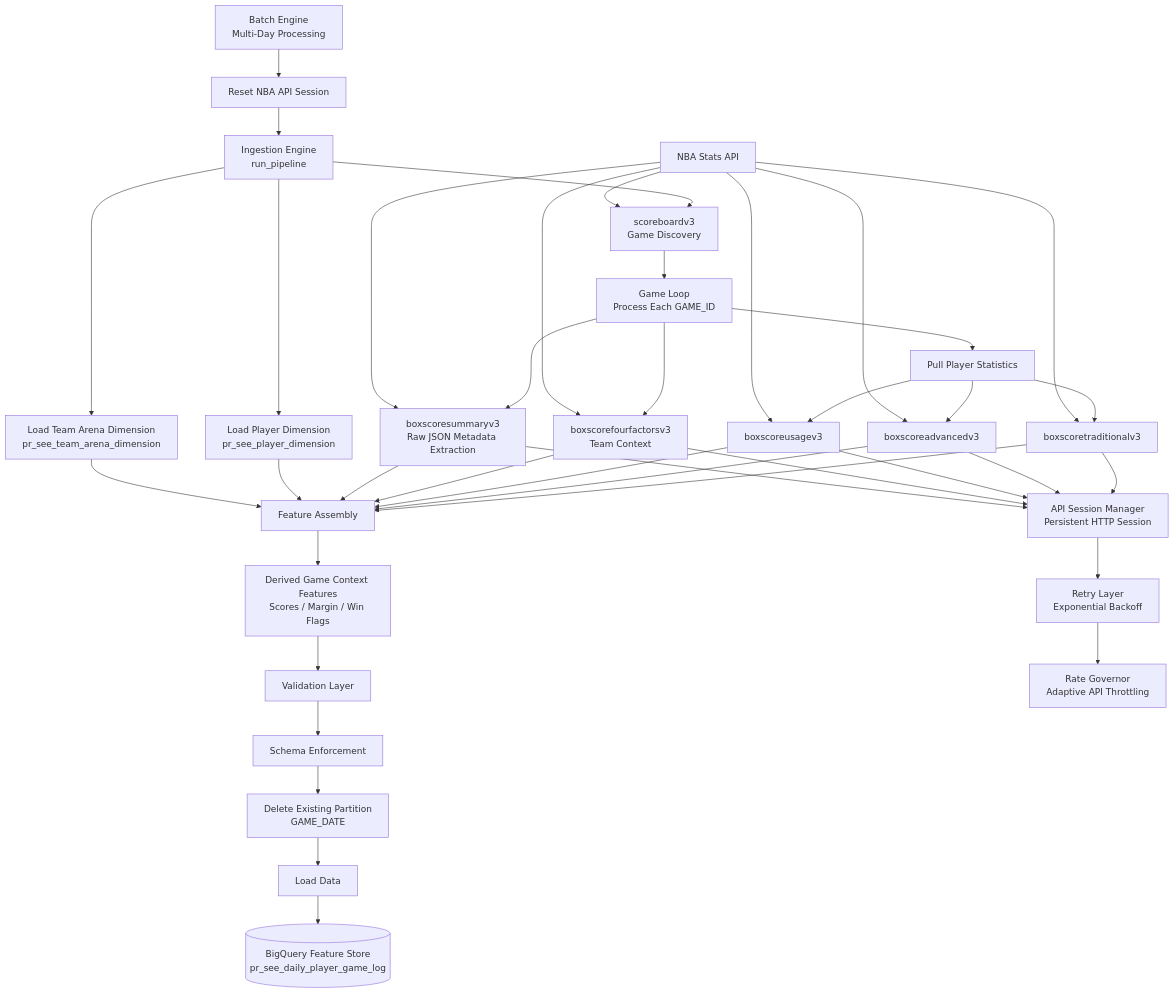
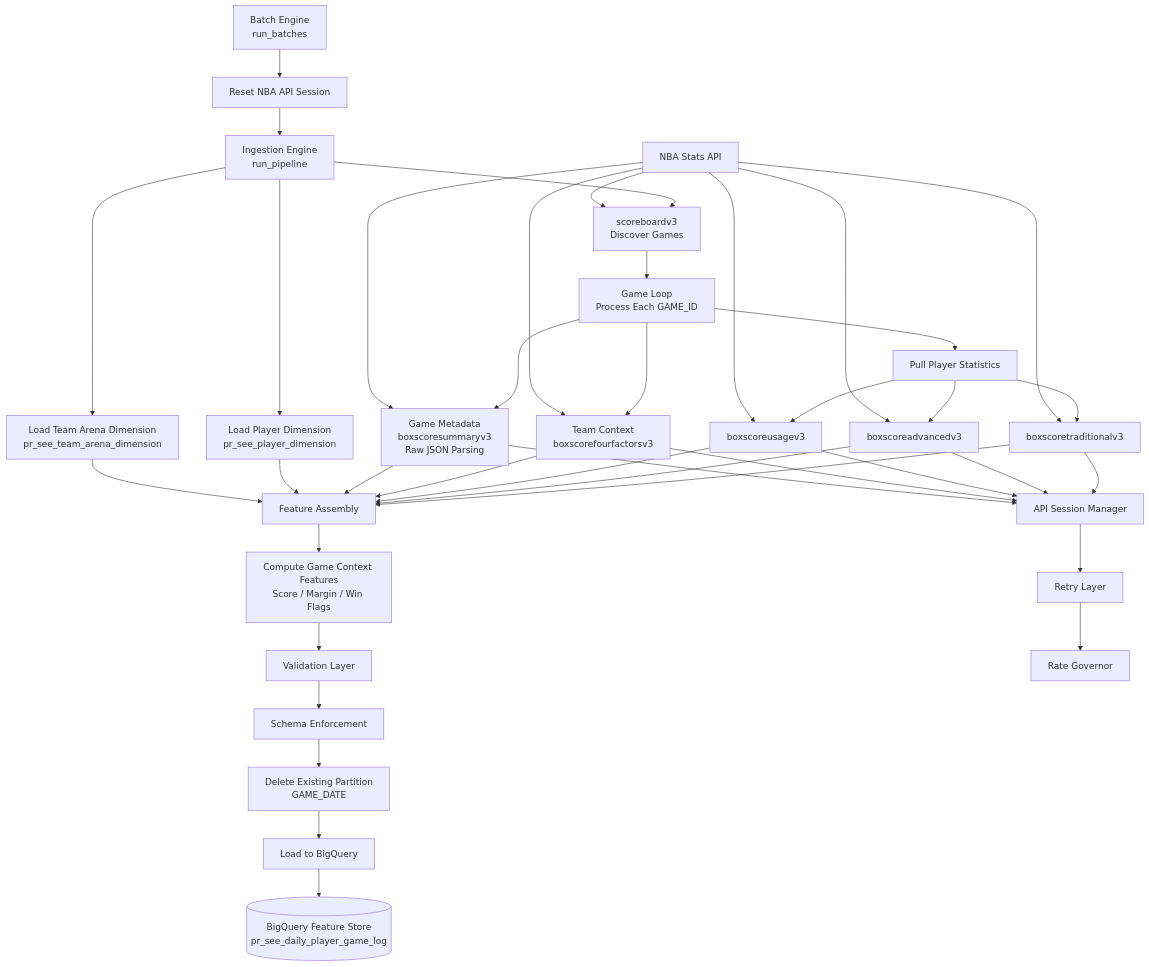
One commit to zh412/nba-feature-store changed the diagram in README.md. Above: the diagram before and after it, drawn with Mermaid.

Commit message:
Update architecture diagram again to reflect full ingestion pipeline flow

````diff
--- a/README.md
+++ b/README.md
@@ -66,125 +66,116 @@
 flowchart TD
 
 %% =========================================================
-%% EXTERNAL DATA SOURCE
+%% PIPELINE ENTRY
 %% =========================================================
 
-A[NBA Stats API]
+A[Batch Engine<br>run_batches]
 
-%% =========================================================
-%% BATCH ORCHESTRATION
-%% =========================================================
+A --> B[Reset NBA API Session]
 
-B[Batch Engine<br>Multi-Day Processing]
-
-B --> C[Reset NBA API Session]
-
-C --> D[Ingestion Engine<br>run_pipeline]
+B --> C[Ingestion Engine<br>run_pipeline]
 
 %% =========================================================
 %% DIMENSION INITIALIZATION
 %% =========================================================
 
-D --> E[Load Player Dimension<br>pr_see_player_dimension]
+C --> D[Load Player Dimension<br>pr_see_player_dimension]
 
-D --> F[Load Team Arena Dimension<br>pr_see_team_arena_dimension]
+C --> E[Load Team Arena Dimension<br>pr_see_team_arena_dimension]
 
 %% =========================================================
 %% GAME DISCOVERY
 %% =========================================================
 
-D --> G[scoreboardv3<br>Game Discovery]
+C --> F[scoreboardv3<br>Discover Games]
 
-A --> G
+NBA[NBA Stats API] --> F
 
-G --> H[Game Loop<br>Process Each GAME_ID]
+F --> G[Game Loop<br>Process Each GAME_ID]
 
 %% =========================================================
-%% PLAYER STATISTICS COLLECTION
+%% PLAYER STAT COLLECTION
 %% =========================================================
 
-H --> I[Pull Player Statistics]
+G --> H[Pull Player Statistics]
 
-I --> J[boxscoretraditionalv3]
+H --> I[boxscoretraditionalv3]
+H --> J[boxscoreadvancedv3]
+H --> K[boxscoreusagev3]
 
-I --> K[boxscoreadvancedv3]
-
-I --> L[boxscoreusagev3]
-
-A --> J
-A --> K
-A --> L
+NBA --> I
+NBA --> J
+NBA --> K
 
 %% =========================================================
-%% TEAM CONTEXT
+%% GAME CONTEXT
 %% =========================================================
 
-H --> M[boxscorefourfactorsv3<br>Team Context]
+G --> L[Team Context<br>boxscorefourfactorsv3]
 
-A --> M
+NBA --> L
 
 %% =========================================================
 %% GAME METADATA
 %% =========================================================
 
-H --> N[boxscoresummaryv3<br>Raw JSON Metadata Extraction]
+G --> M[Game Metadata<br>boxscoresummaryv3<br>Raw JSON Parsing]
 
-A --> N
+NBA --> M
 
 %% =========================================================
 %% FEATURE ASSEMBLY
 %% =========================================================
 
-J --> O[Feature Assembly]
+I --> N[Feature Assembly]
+J --> N
+K --> N
+L --> N
+M --> N
 
-K --> O
-L --> O
-M --> O
-N --> O
-
-E --> O
-F --> O
+D --> N
+E --> N
 
 %% =========================================================
 %% DERIVED FEATURES
 %% =========================================================
 
-O --> P[Derived Game Context Features<br>Scores / Margin / Win Flags]
+N --> O[Compute Game Context Features<br>Score / Margin / Win Flags]
 
 %% =========================================================
-%% DATA QUALITY
+%% DATA VALIDATION
 %% =========================================================
 
-P --> Q[Validation Layer]
+O --> P[Validation Layer]
 
-Q --> R[Schema Enforcement]
+P --> Q[Schema Enforcement]
 
 %% =========================================================
 %% WAREHOUSE LOAD
 %% =========================================================
 
-R --> S[Delete Existing Partition<br>GAME_DATE]
+Q --> R[Delete Existing Partition<br>GAME_DATE]
 
-S --> T[Load Data]
+R --> S[Load to BigQuery]
 
-T --> U[(BigQuery Feature Store<br>pr_see_daily_player_game_log)]
+S --> T[(BigQuery Feature Store<br>pr_see_daily_player_game_log)]
 
 %% =========================================================
-%% API RELIABILITY LAYER
+%% API RELIABILITY CONTROLS
 %% =========================================================
 
-V[API Session Manager<br>Persistent HTTP Session]
+U[API Session Manager]
 
-W[Retry Layer<br>Exponential Backoff]
+V[Retry Layer]
 
-X[Rate Governor<br>Adaptive API Throttling]
+W[Rate Governor]
 
-J --> V
-K --> V
-L --> V
-M --> V
-N --> V
+I --> U
+J --> U
+K --> U
+L --> U
+M --> U
 
+U --> V
 V --> W
-W --> X
 ```
````
